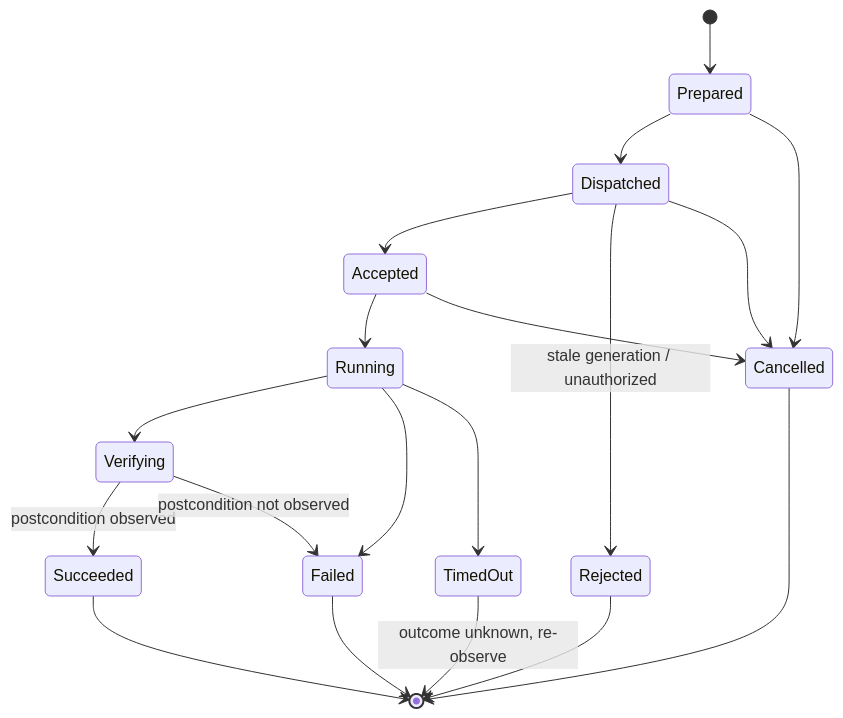
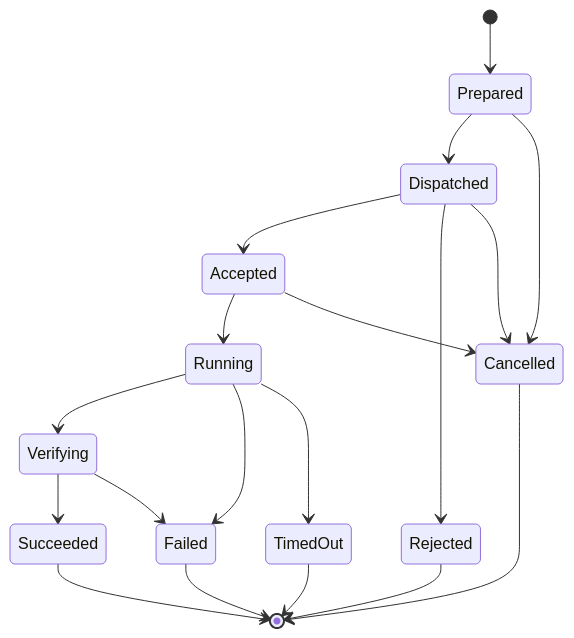
The third of 8 diagrams in docs/architecture/runtime.md (kmosoti/Nomos), drawn with Mermaid before and after one commit. The commit also changed other lines of this file and 7 other files, not shown here.

First line of the commit message:
Fix Mermaid diagrams that fail to render on GitHub

````diff
--- a/docs/architecture/runtime.md
+++ b/docs/architecture/runtime.md
@@ -34,21 +34,21 @@
 ```mermaid
 stateDiagram-v2
     [*] --> Prepared
     Prepared --> Dispatched
     Dispatched --> Accepted
-    Dispatched --> Rejected: stale generation / unauthorized
+    Dispatched --> Rejected
     Accepted --> Running
     Running --> Verifying
-    Verifying --> Succeeded: postcondition observed
-    Verifying --> Failed: postcondition not observed
+    Verifying --> Succeeded
+    Verifying --> Failed
     Running --> Failed
     Running --> TimedOut
     Prepared --> Cancelled
     Dispatched --> Cancelled
     Accepted --> Cancelled
-    TimedOut --> [*]: outcome unknown, re-observe
+    TimedOut --> [*]
     Succeeded --> [*]
     Failed --> [*]
     Rejected --> [*]
     Cancelled --> [*]
 ```
````
